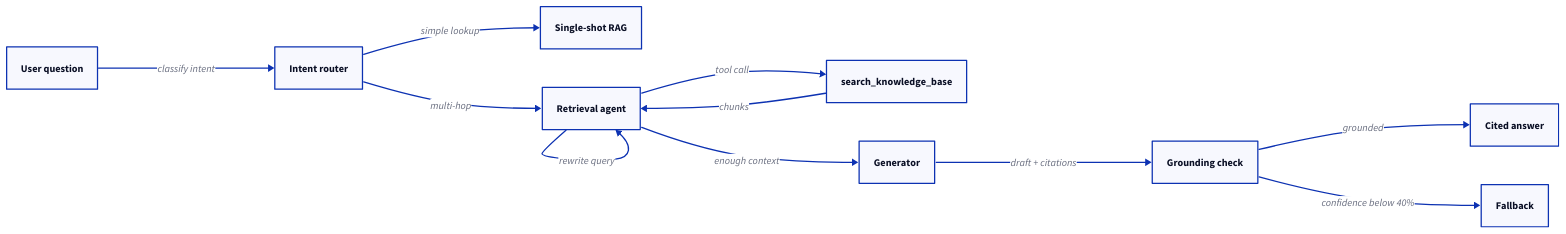
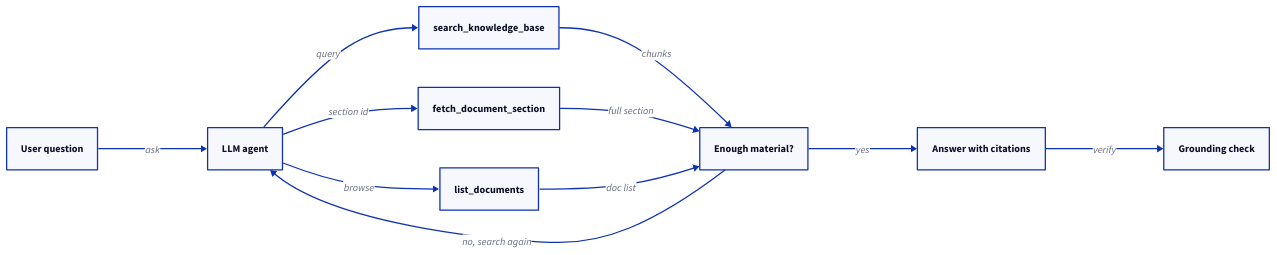
One commit to kobyal/ai-news-briefing changed the diagram in blog/public/posts/agentic-rag/diagram.d2. Above: the diagram before and after it, drawn with D2. The commit also changed 43 other files, not shown here.

```diff
--- a/blog/public/posts/agentic-rag/diagram.d2
+++ b/blog/public/posts/agentic-rag/diagram.d2
@@ -1,20 +1,19 @@
 direction: right
 question: User question
-router: Intent router
-single_shot: Single-shot RAG
-agent: Retrieval agent
-search_tool: search_knowledge_base
-generator: Generator
-grounding_check: Grounding check
-answer: Cited answer
-fallback: Fallback
-question -> router: classify intent
-router -> single_shot: simple lookup
-router -> agent: multi-hop
-agent -> search_tool: tool call
-search_tool -> agent: chunks
-agent -> agent: rewrite query
-agent -> generator: enough context
-generator -> grounding_check: draft + citations
-grounding_check -> answer: grounded
-grounding_check -> fallback: confidence below 40%
+agent: LLM agent
+search: search_knowledge_base
+fetch: fetch_document_section
+list: list_documents
+check: Enough material?
+answer: Answer with citations
+guard: Grounding check
+question -> agent: ask
+agent -> search: query
+agent -> fetch: section id
+agent -> list: browse
+search -> check: chunks
+fetch -> check: full section
+list -> check: doc list
+check -> agent: no, search again
+check -> answer: yes
+answer -> guard: verify
```
